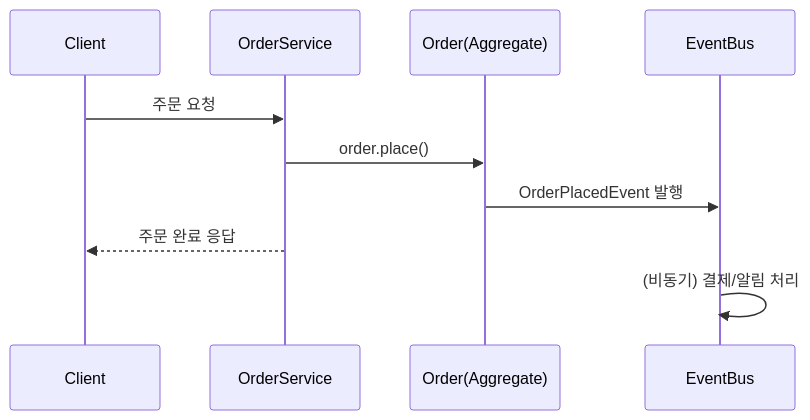
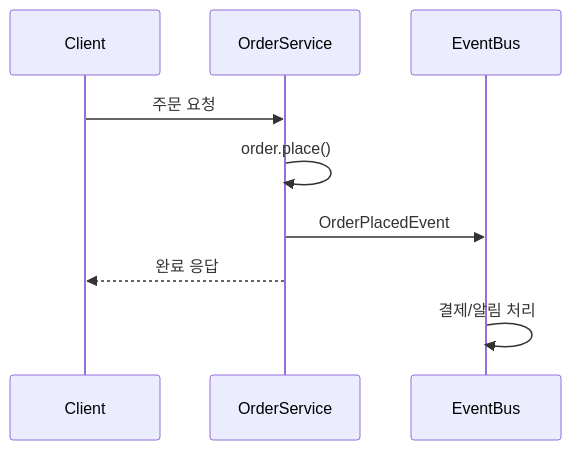
Before and after one commit to yjkim2015/yjkim2015.github.io: the sixth of 7 diagrams in _posts/architecture/2026-05-01-ddd.md, drawn with Mermaid. The commit also changed other lines of this file and 155 other files, not shown here.

First line of the commit message:
Mermaid 전면 수정: subgraph 제거, participant/노드/줄수 축소 (342블록)

````diff
--- a/_posts/architecture/2026-05-01-ddd.md
+++ b/_posts/architecture/2026-05-01-ddd.md
@@ -305,12 +293,11 @@
 ```mermaid
 sequenceDiagram
-    participant Client
+    participant C as Client
     participant OS as OrderService
-    participant O as Order(Aggregate)
     participant EB as EventBus
-    Client->>OS: 주문 요청
-    OS->>O: order.place()
-    O->>EB: OrderPlacedEvent 발행
-    OS-->>Client: 주문 완료 응답
-    EB->>EB: (비동기) 결제/알림 처리
+    C->>OS: 주문 요청
+    OS->>OS: order.place()
+    OS->>EB: OrderPlacedEvent
+    OS-->>C: 완료 응답
+    EB->>EB: 결제/알림 처리
 ```
````
